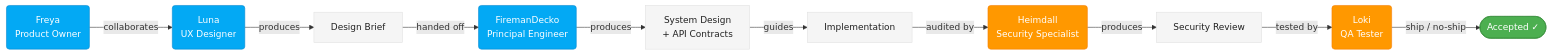
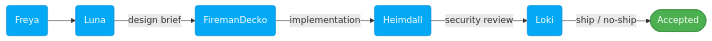
One commit to declanshanaghy/fenrir-ledger changed the diagram in README.md. Above: the diagram before and after it, drawn with Mermaid. The commit also changed other lines of this file and 19 other files, not shown here.

````diff
--- a/README.md
+++ b/README.md
@@ -80,43 +89,14 @@
 ```mermaid
 graph LR
-    classDef primary fill:#03A9F4,stroke:#0288D1,color:#FFF
-    classDef healthy fill:#4CAF50,stroke:#388E3C,color:#FFF
-    classDef warning fill:#FF9800,stroke:#F57C00,color:#FFF
-    classDef neutral fill:#F5F5F5,stroke:#E0E0E0,color:#212121
+    classDef role fill:#03A9F4,stroke:#0288D1,color:#FFF
+    classDef done fill:#4CAF50,stroke:#388E3C,color:#FFF
 
-    %% Roles
-    po(Freya<br/>Product Owner)
-    ux(Luna<br/>UX Designer)
-    eng(FiremanDecko<br/>Principal Engineer)
-    sec(Heimdall<br/>Security Specialist)
-    qa(Loki<br/>QA Tester)
+    po(Freya) --> ux(Luna)
+    ux -->|design brief| eng(FiremanDecko)
+    eng -->|implementation| sec(Heimdall)
+    sec -->|security review| qa(Loki)
+    qa -->|ship / no-ship| ship([Accepted])
 
-    %% Artifacts
-    brief[Design Brief]
-    sysdesign[System Design<br/>+ API Contracts]
-    impl[Implementation]
-    review[Security Review]
-    ship([Accepted ✓])
-
-    %% Pipeline
-    po -->|collaborates| ux
-    ux -->|produces| brief
-    brief -->|handed off| eng
-    eng -->|produces| sysdesign
-    sysdesign -->|guides| impl
-    impl -->|audited by| sec
-    sec -->|produces| review
-    review -->|tested by| qa
-    qa -->|ship / no-ship| ship
-
-    class po primary
-    class ux primary
-    class eng primary
-    class sec warning
-    class qa warning
-    class brief neutral
-    class sysdesign neutral
-    class impl neutral
-    class review neutral
-    class ship healthy
+    class po,ux,eng,sec,qa role
+    class ship done
 ```
````
